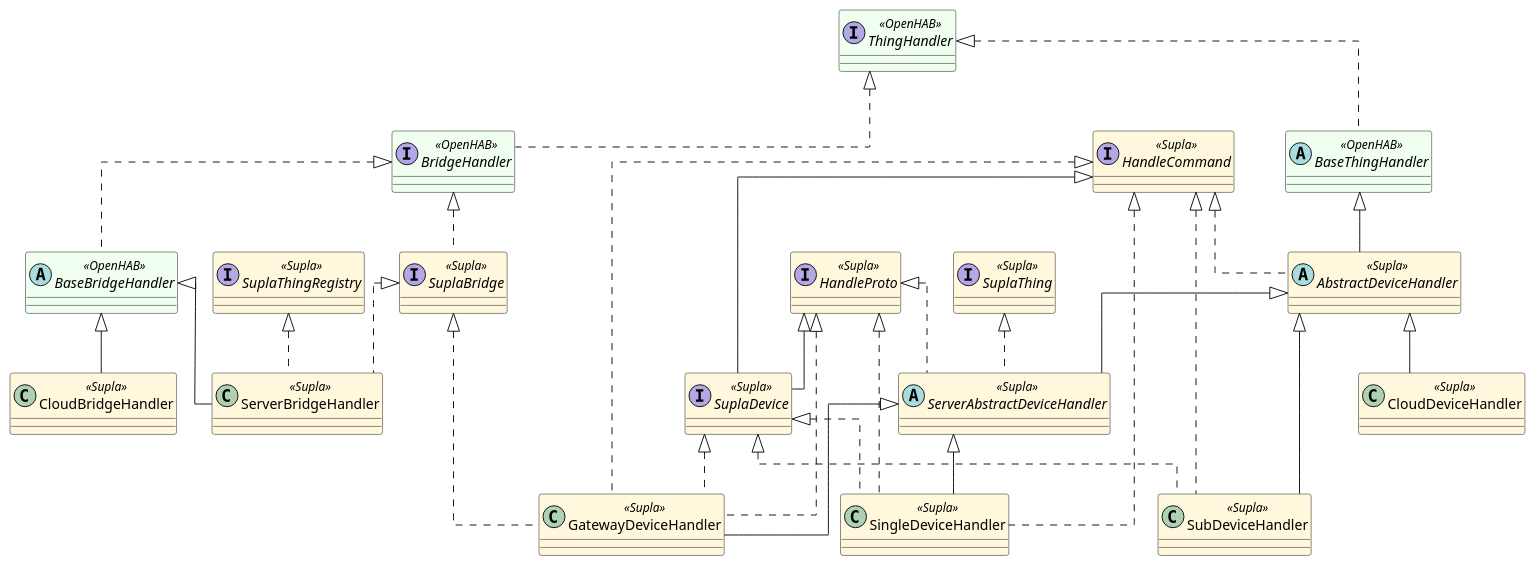
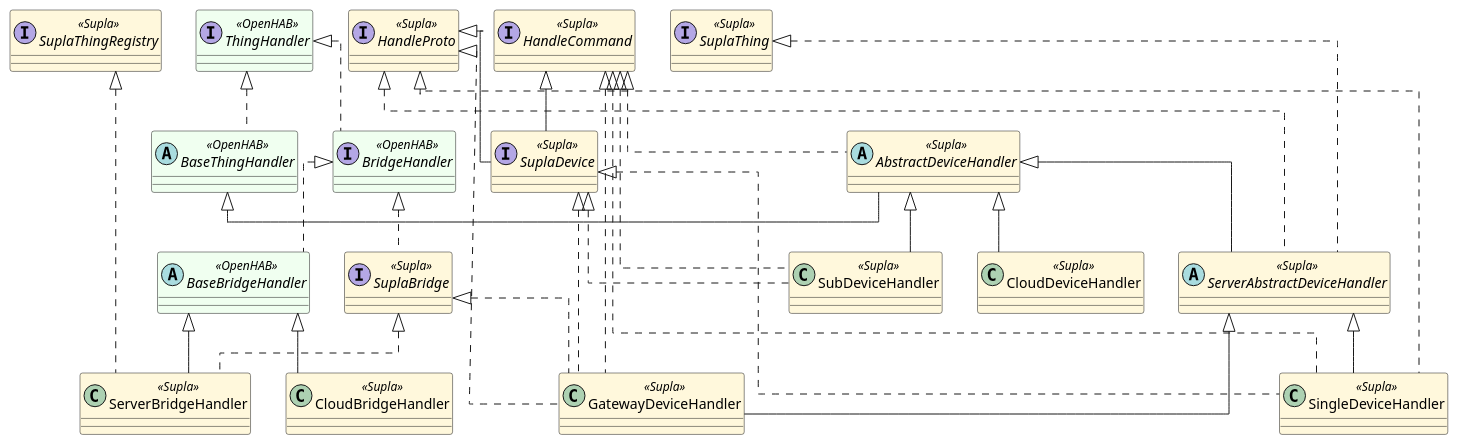
Before and after one commit to magx2/openhab-supla: the diagram in imgs/handler-inheritance.puml, drawn with PlantUML.

Commit message:
Anchor shared abstractions at top of handler diagram

```diff
--- a/imgs/handler-inheritance.puml
+++ b/imgs/handler-inheritance.puml
@@ -1,73 +1,74 @@
 @startuml
 skinparam classAttributeIconSize 0
 skinparam linetype ortho
 
+' Keep the most-shared abstractions visually at the top
 top to bottom direction
 
 skinparam class {
   BackgroundColor<<OpenHAB>> HoneyDew
   BackgroundColor<<Supla>> Cornsilk
 }
 
-' Core OpenHAB abstractions (kept at the top)
-interface ThingHandler <<OpenHAB>>
-interface BridgeHandler <<OpenHAB>>
-abstract class BaseThingHandler <<OpenHAB>>
-abstract class BaseBridgeHandler <<OpenHAB>>
-
-' Supla traits and shared interfaces
-interface HandleCommand <<Supla>>
-interface HandleProto <<Supla>>
-interface SuplaDevice <<Supla>>
-interface SuplaThing <<Supla>>
-interface SuplaThingRegistry <<Supla>>
-interface SuplaBridge <<Supla>>
+' Anchor heavily used OpenHAB and Supla abstractions on the top rank
+together {
+  interface ThingHandler <<OpenHAB>>
+  interface BridgeHandler <<OpenHAB>>
+  abstract class BaseThingHandler <<OpenHAB>>
+  abstract class BaseBridgeHandler <<OpenHAB>>
+  interface HandleCommand <<Supla>>
+  interface HandleProto <<Supla>>
+  interface SuplaDevice <<Supla>>
+  interface SuplaThing <<Supla>>
+  interface SuplaThingRegistry <<Supla>>
+  interface SuplaBridge <<Supla>>
+}
 
 ' Device handler hierarchy
 abstract class AbstractDeviceHandler <<Supla>>
 abstract class ServerAbstractDeviceHandler <<Supla>>
 class GatewayDeviceHandler <<Supla>>
 class SingleDeviceHandler <<Supla>>
 class SubDeviceHandler <<Supla>>
 class CloudDeviceHandler <<Supla>>
 
 ' Bridge handler hierarchy
 class CloudBridgeHandler <<Supla>>
 class ServerBridgeHandler <<Supla>>
 
 ' OpenHAB core relationships
 ThingHandler <|.. BaseThingHandler
 ThingHandler <|.. BridgeHandler
 BridgeHandler <|.. BaseBridgeHandler
 
 ' Device handler relationships
 BaseThingHandler <|-- AbstractDeviceHandler
 AbstractDeviceHandler <|-- ServerAbstractDeviceHandler
 AbstractDeviceHandler <|-- SubDeviceHandler
 AbstractDeviceHandler <|-- CloudDeviceHandler
 ServerAbstractDeviceHandler <|-- GatewayDeviceHandler
 ServerAbstractDeviceHandler <|-- SingleDeviceHandler
 
 ' Supla trait implementations (device side)
 HandleCommand <|.. AbstractDeviceHandler
 HandleCommand <|.. SubDeviceHandler
 HandleCommand <|.. SingleDeviceHandler
 HandleCommand <|.. GatewayDeviceHandler
 HandleProto <|.. ServerAbstractDeviceHandler
 HandleProto <|.. SingleDeviceHandler
 HandleProto <|.. GatewayDeviceHandler
 HandleCommand <|-- SuplaDevice
 HandleProto <|-- SuplaDevice
 SuplaDevice <|.. SubDeviceHandler
 SuplaDevice <|.. SingleDeviceHandler
 SuplaDevice <|.. GatewayDeviceHandler
 SuplaThing <|.. ServerAbstractDeviceHandler
 
 ' Bridge handler relationships
 BaseBridgeHandler <|-- CloudBridgeHandler
 BaseBridgeHandler <|-- ServerBridgeHandler
 BridgeHandler <|.. SuplaBridge
 SuplaBridge <|.. GatewayDeviceHandler
 SuplaBridge <|.. ServerBridgeHandler
 SuplaThingRegistry <|.. ServerBridgeHandler
 @enduml
```
